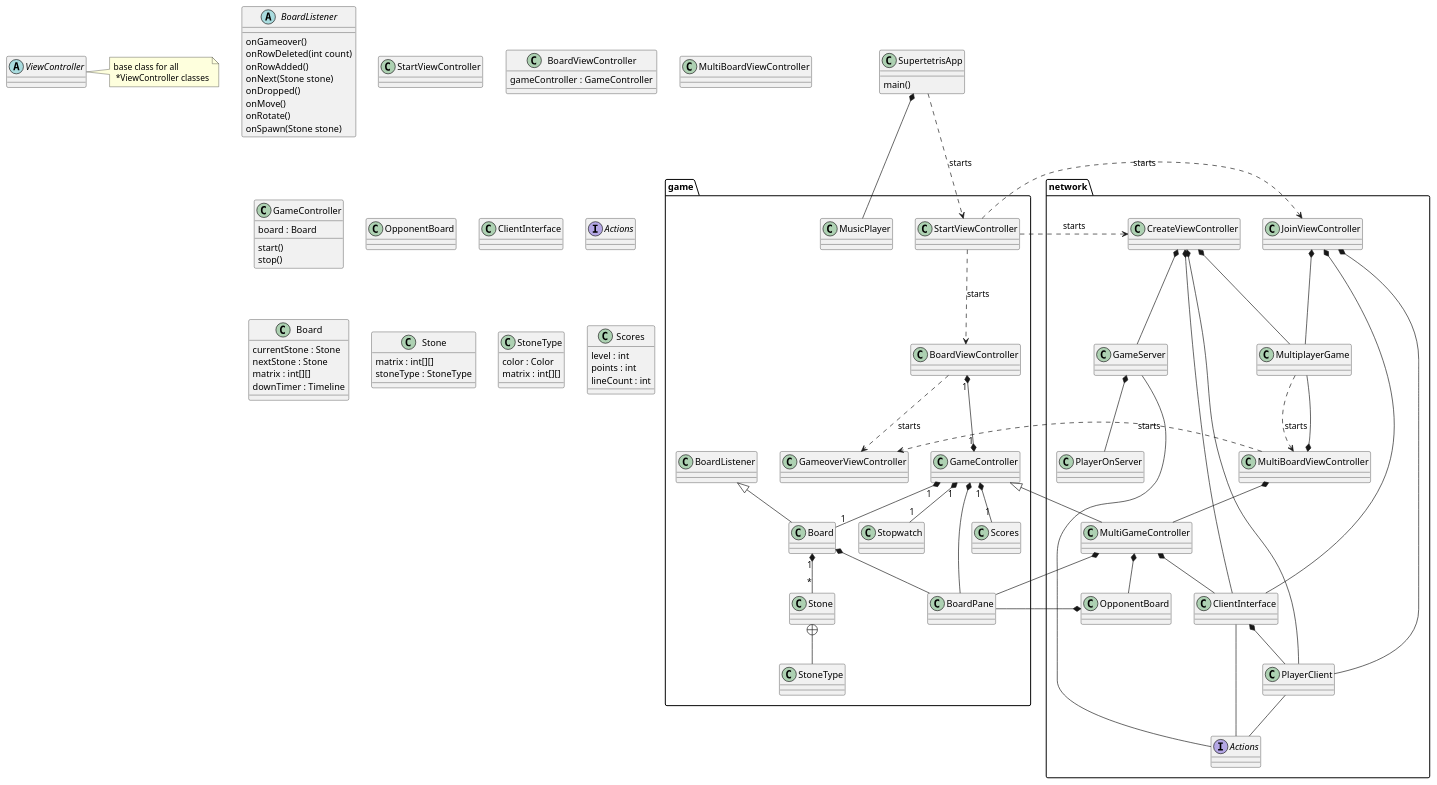
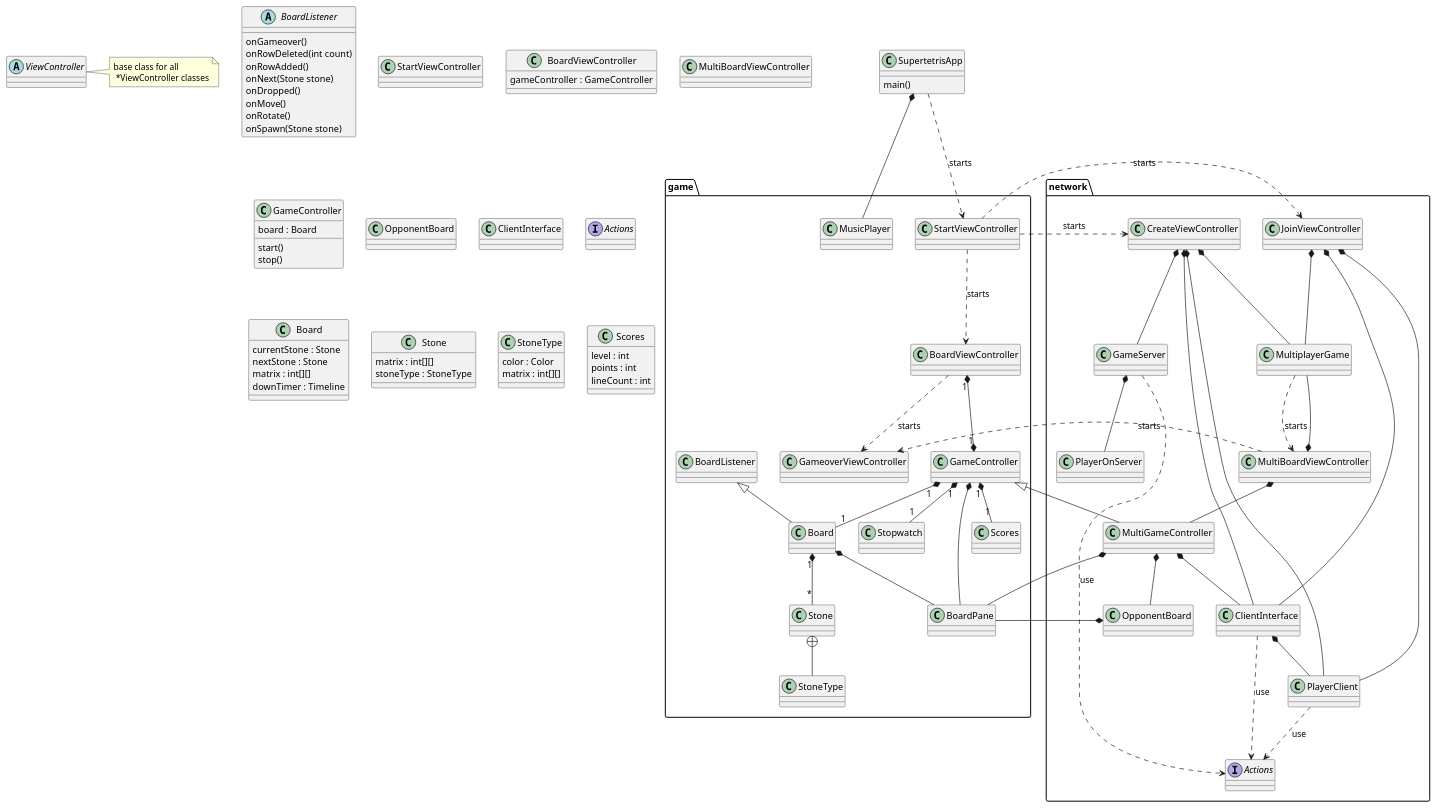
Before and after one commit to ponchofiesta/supertetris: the diagram in doc/Klassendiagramm.puml, drawn with PlantUML. The commit also changed 1 other file, not shown here.

Commit message:
UML update; Observer pattern

```diff
--- a/doc/Klassendiagramm.puml
+++ b/doc/Klassendiagramm.puml
@@ -1,151 +1,151 @@
 @startuml
 skinparam classAttributeIconSize 0
 
 package network {
     interface Actions
     class ClientInterface
     class GameServer
     class PlayerClient
     class PlayerOnServer
     class MultiBoardViewController
     class MultiGameController
     class MultiplayerGame
     class JoinViewController
     class CreateViewController
     class OpponentBoard
 }
 
 package game {
     class Board
     class BoardListener
     class BoardPane
     class BoardViewController
     class GameController
     class GameoverViewController
     class Scores
     class StartViewController
     class Stone
     class StoneType
     class Stopwatch
     class MusicPlayer
 }
 
 
 SupertetrisApp ..> StartViewController : starts
 SupertetrisApp *-- MusicPlayer
 StartViewController ..> BoardViewController : starts
 StartViewController ..> JoinViewController : starts
 StartViewController ..> CreateViewController : starts
 BoardViewController "1" *--* "1" GameController
 GameController "1" *-- "1" Board
 GameController "1" *-- "1" Stopwatch
 GameController "1" *-- "1" Scores
 BoardListener <|-- Board
 Board "1" *-- "*" Stone
 Board *-- BoardPane
 GameController <|-- MultiGameController
 GameController *-- BoardPane
 BoardViewController ..> GameoverViewController : starts
 MultiBoardViewController ..> GameoverViewController : starts
 MultiBoardViewController *-- MultiGameController
 MultiGameController *-- OpponentBoard
 MultiGameController  *-- BoardPane
 MultiplayerGame ..> MultiBoardViewController : starts
 OpponentBoard  *-- BoardPane
 
 'ViewController <|-- StartViewController
 'ViewController <|-- BoardViewController
 'ViewController <|-- MultiBoardViewController
 'ViewController <|-- JoinViewController
 'ViewController <|-- CreateViewController
 'ViewController <|-- GameoverViewController
 
 JoinViewController *-- PlayerClient
 JoinViewController *-- ClientInterface
 JoinViewController *-- MultiplayerGame
 MultiBoardViewController *-- MultiplayerGame
 MultiGameController *-- ClientInterface
 CreateViewController *-- PlayerClient
 CreateViewController *-- ClientInterface
 CreateViewController *-- MultiplayerGame
 CreateViewController *-- GameServer
 
 ClientInterface *-- PlayerClient
-ClientInterface -- Actions
-GameServer -- Actions
-PlayerClient -- Actions
+ClientInterface ..> Actions : use
+GameServer ..> Actions : use
+PlayerClient ..> Actions : use
 
 GameServer *-- PlayerOnServer
 
 Stone +-- StoneType
 
 class SupertetrisApp {
     main()
 }
 
 abstract class ViewController {
 }
 note right: base class for all \n *ViewController classes
 
 abstract class BoardListener {
     onGameover()
     onRowDeleted(int count)
     onRowAdded()
     onNext(Stone stone)
     onDropped()
     onMove()
     onRotate()
     onSpawn(Stone stone)
 }
 
 class StartViewController {
 }
 
 class BoardViewController {
     gameController : GameController
 }
 
 class MultiBoardViewController {
 }
 
 class GameController {
     board : Board
     start()
     stop()
 }
 
 class OpponentBoard {
 }
 
 class ClientInterface {
 }
 
 interface Actions {
 }
 
 class Board {
     currentStone : Stone
     nextStone : Stone
     matrix : int[][]
     downTimer : Timeline
 }
 
 class Stone {
     matrix : int[][]
     stoneType : StoneType
 }
 
 class StoneType {
     color : Color
     matrix : int[][]
 }
 
 class Scores {
     level : int
     points : int
     lineCount : int
 }
 
 
 
 @enduml
```
